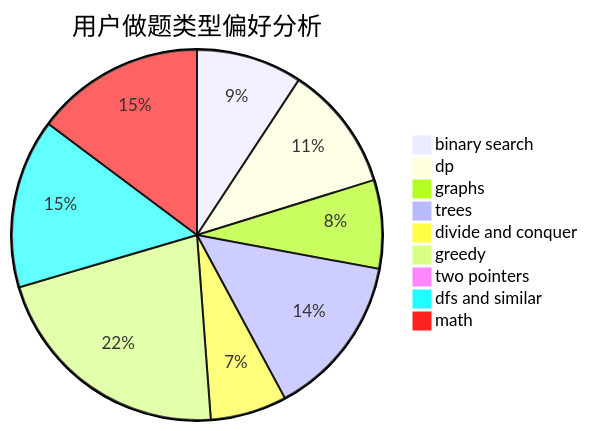
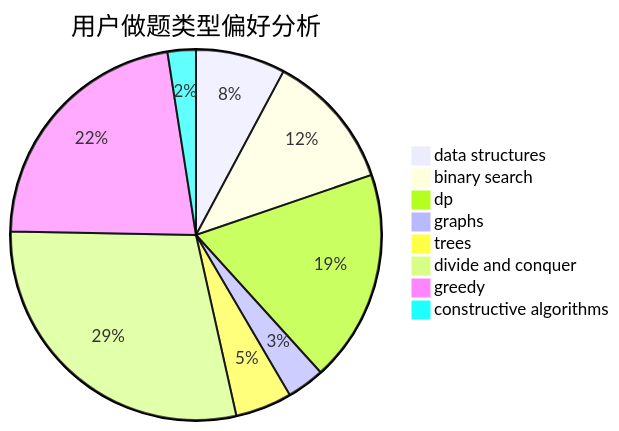
Before and after one commit to sherpahu/cfrs.github.io: the second of 3 diagrams in docs/user/u290.md, drawn with Mermaid. The commit also changed other lines of this file and 2775 other files, not shown here.

````diff
--- a/docs/user/u290.md
+++ b/docs/user/u290.md
@@ -23,12 +23,11 @@
 ```mermaid
 pie title 用户做题类型偏好分析
-    "binary search" :  97
-    "dp" :  115
-    "graphs" :  81
-    "trees" :  149
+    "data structures" :  19
+    "binary search" :  29
+    "dp" :  45
+    "graphs" :  8
+    "trees" :  12
     "divide and conquer" :  70
-    "greedy" :  227
-    "two pointers" :  4
-    "dfs and similar" :  155
-    "math" :  155
+    "greedy" :  54
+    "constructive algorithms" :  6
 ```
````
